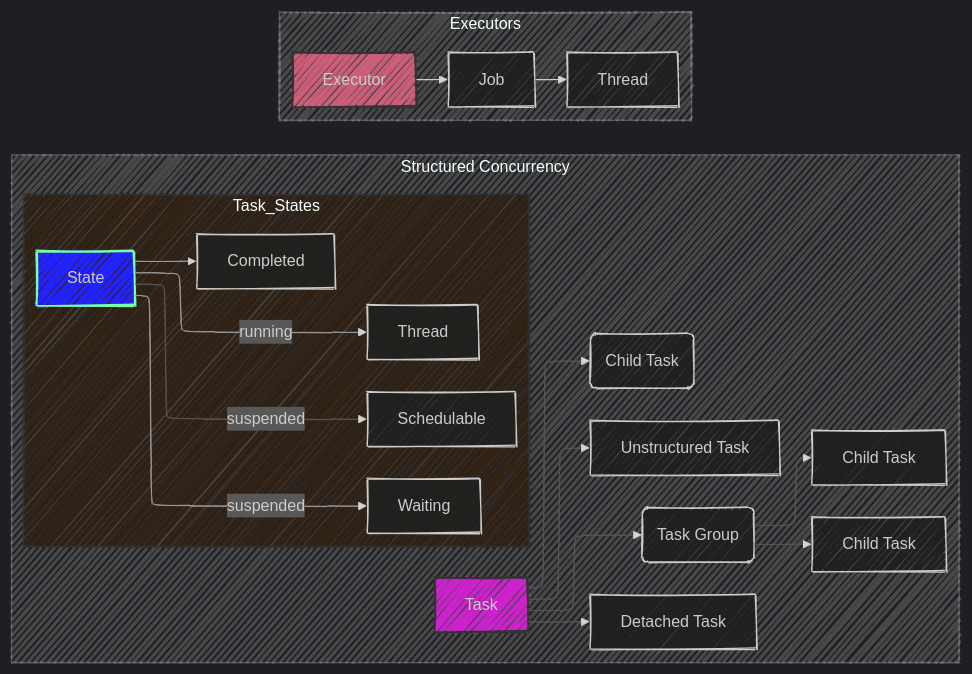
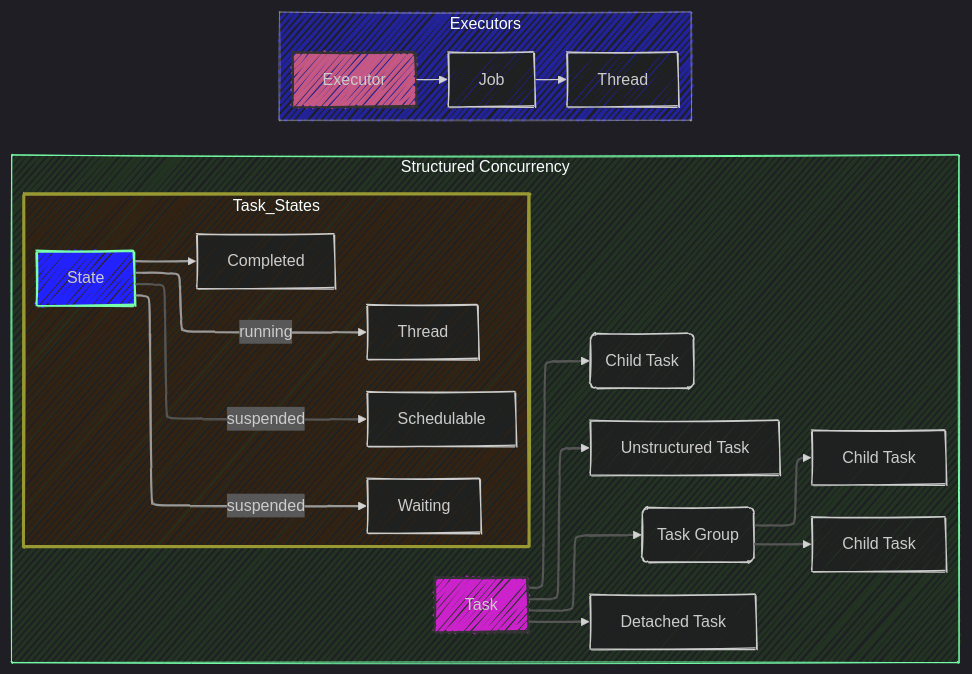
The first of 7 diagrams in Swift_Language/Structured-Concurrency.md (CongLeSolutionX/iOS-development-vault), drawn with Mermaid before and after one commit. The commit also changed other lines of this file, not shown here.

````diff
--- a/Swift_Language/Structured-Concurrency.md
+++ b/Swift_Language/Structured-Concurrency.md
@@ -19,36 +19,39 @@
 ```mermaid
 ---
 config:
   layout: elk
   look: handDrawn
   theme: dark
 ---
 graph LR
-    subgraph "Structured Concurrency"
-    A[Task] --> B(Child Task);
-    A --> C(Task Group);
-    C --> D[Child Task];
-    C --> E[Child Task];
-    A --> F[Unstructured Task];
-    A --> G[Detached Task];
+    subgraph Structured_Concurrency["Structured Concurrency"]
+        style Structured_Concurrency fill:#232f,stroke:#7fa,stroke-width:1px
+        A[Task] --> B(Child Task);
+        A --> C(Task Group);
+        C --> D[Child Task];
+        C --> E[Child Task];
+        A --> F[Unstructured Task];
+        A --> G[Detached Task];
+        
         subgraph Task_States
-            style Task_States fill:#321,stroke:#333,stroke-width:1px
+            style Task_States fill:#321,stroke:#993,stroke-width:3px
             H[State] -- suspended --> I[Schedulable]
             H -- suspended --> J[Waiting]
             H  -- running --> K[Thread]
             H --> L[Completed]
         end
-      style H fill:#22f,stroke:#7fa,stroke-width:2px
+        style H fill:#22f,stroke:#7fa,stroke-width:2px
     end
     style A fill:#c2cf,stroke:#333,stroke-width:2px
     
-    subgraph "Executors"
-      M[Executor] --> N[Job]
-      N --> O[Thread]
+    subgraph Executors["Executors"]
+        style Executors fill:#229,stroke:#f312a,stroke-width:1px
+        M[Executor] --> N[Job]
+        N --> O[Thread]
     end
     style M fill:#e68c,stroke:#333,stroke-width:2px
      
-linkStyle 0,1,2,3,4,5,6 stroke:#555,stroke-width:1px;
-linkStyle 7,8,9 stroke:#999,stroke-width:1px;
+linkStyle 0,1,2,3,4,5,6 stroke:#555,stroke-width:2px;
+linkStyle 7,8,9 stroke:#999,stroke-width:2px;
 
 ```
````
